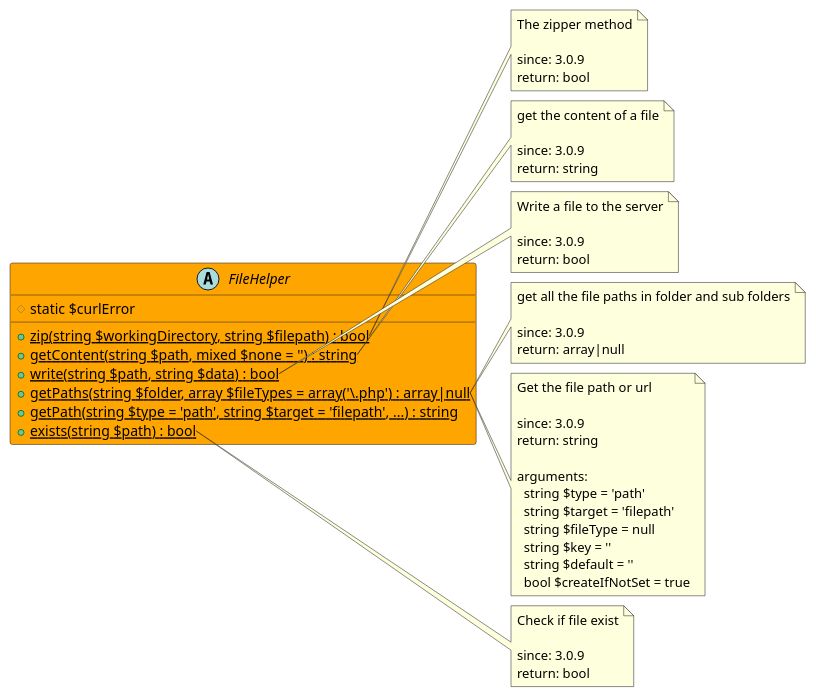
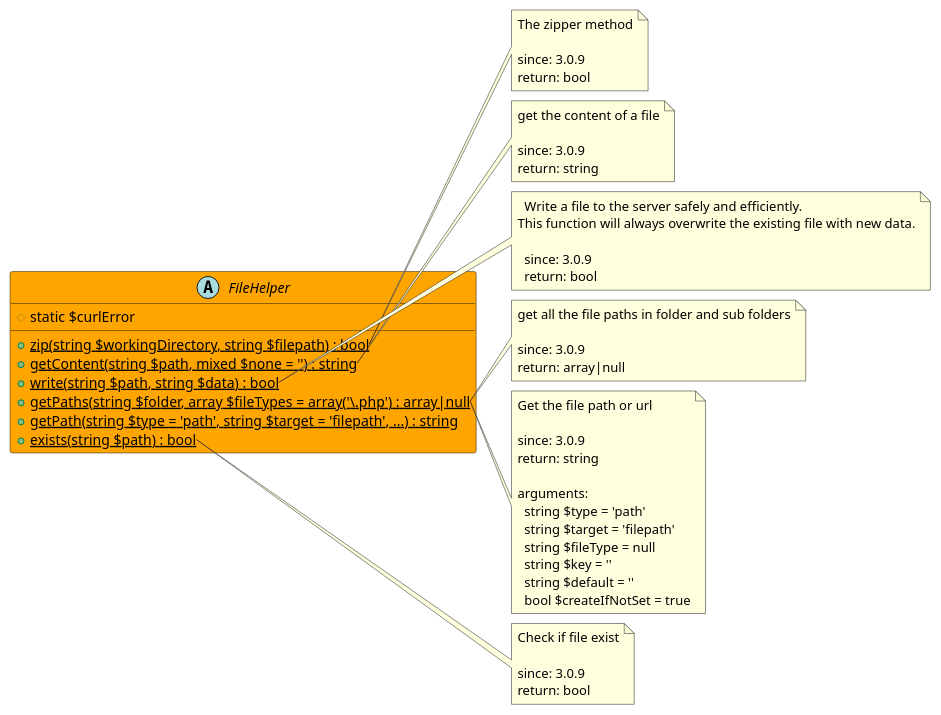
The diagram in src/a223b31e-ea1d-4cdf-92ae-5f9becffaff0/README.md (joomengine/super-powers), drawn with PlantUML before and after one commit. The commit also changed 17 other files, not shown here.

````diff
--- a/src/a223b31e-ea1d-4cdf-92ae-5f9becffaff0/README.md
+++ b/src/a223b31e-ea1d-4cdf-92ae-5f9becffaff0/README.md
@@ -12,64 +12,65 @@
 ```uml
 @startuml
 abstract FileHelper  #Orange {
   # static $curlError
   + {static} zip(string $workingDirectory, string $filepath) : bool
   + {static} getContent(string $path, mixed $none = '') : string
   + {static} write(string $path, string $data) : bool
   + {static} getPaths(string $folder, array $fileTypes = array('\.php') : array|null
   + {static} getPath(string $type = 'path', string $target = 'filepath', ...) : string
   + {static} exists(string $path) : bool
 }
 
 note right of FileHelper::zip
   The zipper method
 
   since: 3.0.9
   return: bool
 end note
 
 note right of FileHelper::getContent
   get the content of a file
 
   since: 3.0.9
   return: string
 end note
 
 note right of FileHelper::write
-  Write a file to the server
+  Write a file to the server safely and efficiently.
+This function will always overwrite the existing file with new data.
 
   since: 3.0.9
   return: bool
 end note
 
 note right of FileHelper::getPaths
   get all the file paths in folder and sub folders
 
   since: 3.0.9
   return: array|null
 end note
 
 note right of FileHelper::getPath
   Get the file path or url
 
   since: 3.0.9
   return: string
   
   arguments:
     string $type = 'path'
     string $target = 'filepath'
     string $fileType = null
     string $key = ''
     string $default = ''
     bool $createIfNotSet = true
 end note
 
 note right of FileHelper::exists
   Check if file exist
 
   since: 3.0.9
   return: bool
 end note
  
 @enduml
 ```
````
